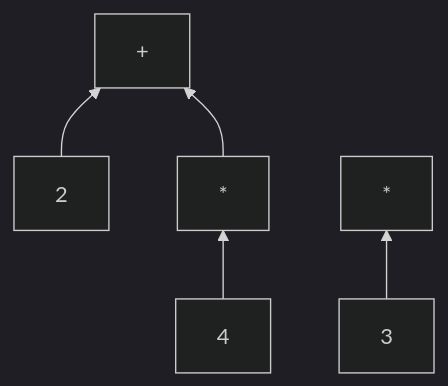
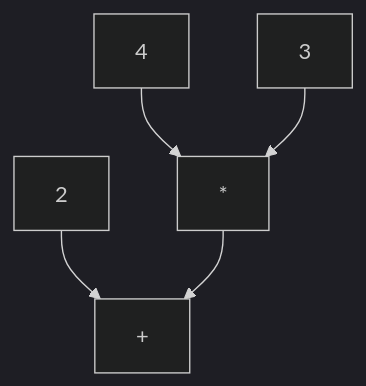
The diagram in Parsing_the_Principia.md (jecki/logicConverter), drawn with Mermaid (dark theme) before and after one commit.

````diff
--- a/Parsing_the_Principia.md
+++ b/Parsing_the_Principia.md
@@ -47,7 +47,7 @@
 ```mermaid
-graph BT
+graph TD
     two["2"] --> plus["+"]
     four["4"] --> times["*"]
-    three["3"] --> time["*"]
+    three["3"] --> times["*"]
     times["*"] --> plus["+"]
 ```
````
